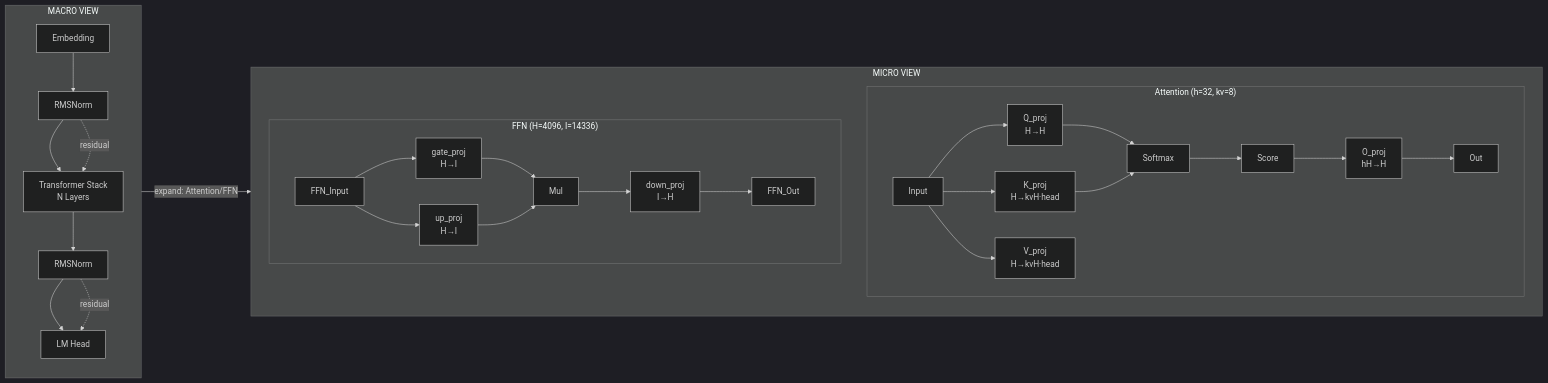
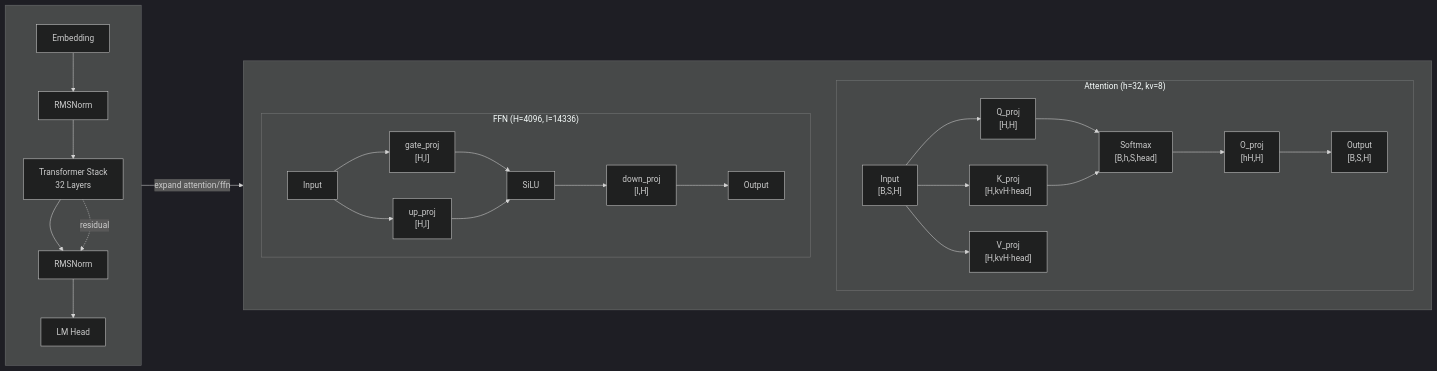
One commit to kevinoldching/agent-skills changed the first of 2 diagrams in llm_arch_generator/docs/superpowers/specs/2026-03-26-llm_arch_generator-design.md. Above: the diagram before and after it, drawn with Mermaid (dark theme). The commit also changed other lines of this file, not shown here.

First line of the commit message:
docs: revise design for multi-level architecture diagrams

````diff
--- a/llm_arch_generator/docs/superpowers/specs/2026-03-26-llm_arch_generator-design.md
+++ b/llm_arch_generator/docs/superpowers/specs/2026-03-26-llm_arch_generator-design.md
@@ -162,42 +197,37 @@
 ```mermaid
 graph LR
-    %% Macro View (left side)
-    subgraph Macro["MACRO VIEW"]
+    subgraph L[" "]
         direction TB
-        E[Embedding] --> LN1[ RMSNorm ]
-        LN1 --> Stack[ Transformer Stack<br/>N Layers ]
-        Stack --> LN2[ RMSNorm ]
-        LN2 --> LM[ LM Head ]
+        E["Embedding"] --> N1["RMSNorm"]
+        N1 --> ST["Transformer Stack<br/>32 Layers"]
+        ST --> N2["RMSNorm"]
+        N2 --> LM["LM Head"]
+        ST -."residual".-> N2
     end
 
-    %% Cross-reference arrow
-    Stack -->|"expand: Attention/FFN"| Micro
+    ST -->|"expand attention/ffn"| R[" "]
 
-    %% Micro View (right side)
-    subgraph Micro["MICRO VIEW"]
+    subgraph R[" "]
         direction TB
         subgraph Attn["Attention (h=32, kv=8)"]
-            Input --> Q[Q_proj<br/>H→H]
-            Input --> K[K_proj<br/>H→kvH·head]
-            Input --> V[V_proj<br/>H→kvH·head]
-            Q --> Softmax
-            K --> Softmax
-            Softmax --> Score
-            Score --> O[O_proj<br/>hH→H]
-            O --> Out
+            direction LR
+            In["Input<br/>[B,S,H]"] --> Q["Q_proj<br/>[H,H]"]
+            In --> K["K_proj<br/>[H,kvH·head]"]
+            In --> V["V_proj<br/>[H,kvH·head]"]
+            Q --> Soft["Softmax<br/>[B,h,S,head]"]
+            K --> Soft
+            Soft --> O["O_proj<br/>[hH,H]"]
+            O --> Out["Output<br/>[B,S,H]"]
         end
 
         subgraph FFN["FFN (H=4096, I=14336)"]
-            FFN_Input --> Gate[gate_proj<br/>H→I]
-            FFN_Input --> Up[up_proj<br/>H→I]
-            Gate --> Mul
+            direction LR
+            Fin["Input"] --> Gate["gate_proj<br/>[H,I]"]
+            Fin --> Up["up_proj<br/>[H,I]"]
+            Gate --> Mul["SiLU"]
             Up --> Mul
-            Mul --> Down[down_proj<br/>I→H]
-            Down --> FFN_Out
+            Mul --> Down["down_proj<br/>[I,H]"]
+            Down --> Fout["Output"]
         end
     end
-
-    %% Residual connection (dashed)
-    LN1 -.->|"residual"| Stack
-    LN2 -.->|"residual"| LM
 ```
````
